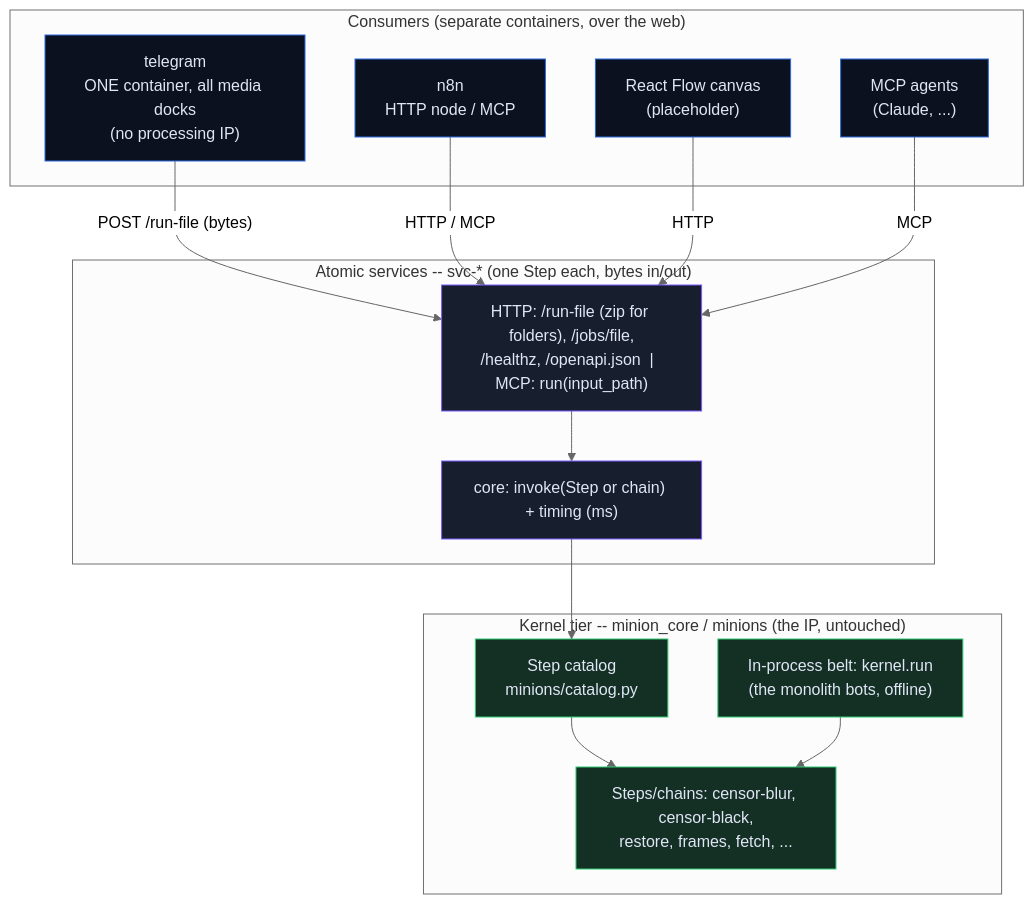
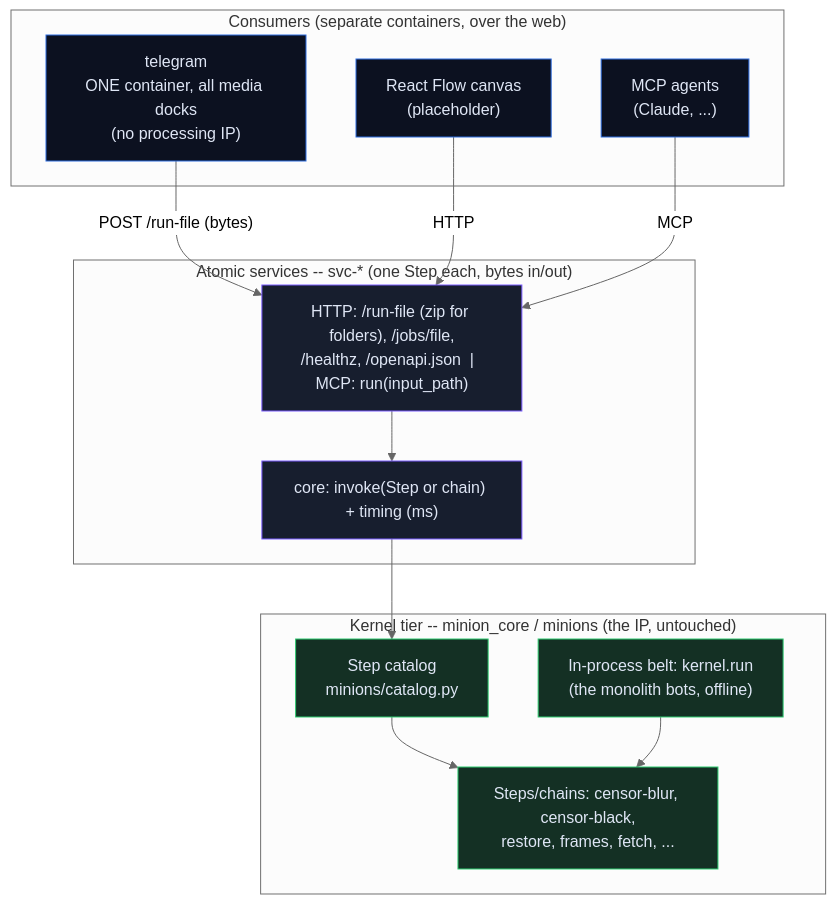
One commit to coppermilk/minion2 changed the diagram in ARCHITECTURE.md. Above: the diagram before and after it, drawn with Mermaid (neutral theme). The commit also changed other lines of this file and 23 other files, not shown here.

````diff
--- a/ARCHITECTURE.md
+++ b/ARCHITECTURE.md
@@ -8,32 +8,30 @@
 ```mermaid
 flowchart TB
   classDef ip   fill:#143024,stroke:#2ecc71,color:#dfe6f5
   classDef svc  fill:#171e2e,stroke:#7a5cff,color:#dfe6f5
   classDef ext  fill:#0c1120,stroke:#2d6cdf,color:#dfe6f5
 
   subgraph EXT["Consumers (separate containers, over the web)"]
     TG["telegram<br/>ONE container, all media docks<br/>(no processing IP)"]:::ext
-    N8N["n8n<br/>HTTP node / MCP"]:::ext
     RF["React Flow canvas<br/>(placeholder)"]:::ext
     AG["MCP agents<br/>(Claude, ...)"]:::ext
   end
 
   subgraph SVCS["Atomic services -- svc-* (one Step each, bytes in/out)"]
     SKINS["HTTP: /run-file (zip for folders), /jobs/file,<br/>/healthz, /openapi.json  |  MCP: run(input_path)"]:::svc
     CORE["core: invoke(Step or chain) + timing (ms)"]:::svc
   end
 
   subgraph KERN["Kernel tier -- minion_core / minions (the IP, untouched)"]
     CAT["Step catalog<br/>minions/catalog.py"]:::ip
     STEPS["Steps/chains: censor-blur, censor-black,<br/>restore, frames, fetch, ..."]:::ip
     BELT["In-process belt: kernel.run<br/>(the monolith bots, offline)"]:::ip
   end
 
   TG -- "POST /run-file (bytes)" --> SKINS
-  N8N -- "HTTP / MCP" --> SKINS
   RF -- "HTTP" --> SKINS
   AG -- "MCP" --> SKINS
   SKINS --> CORE
   CORE --> CAT --> STEPS
   BELT --> STEPS
 ```
````
